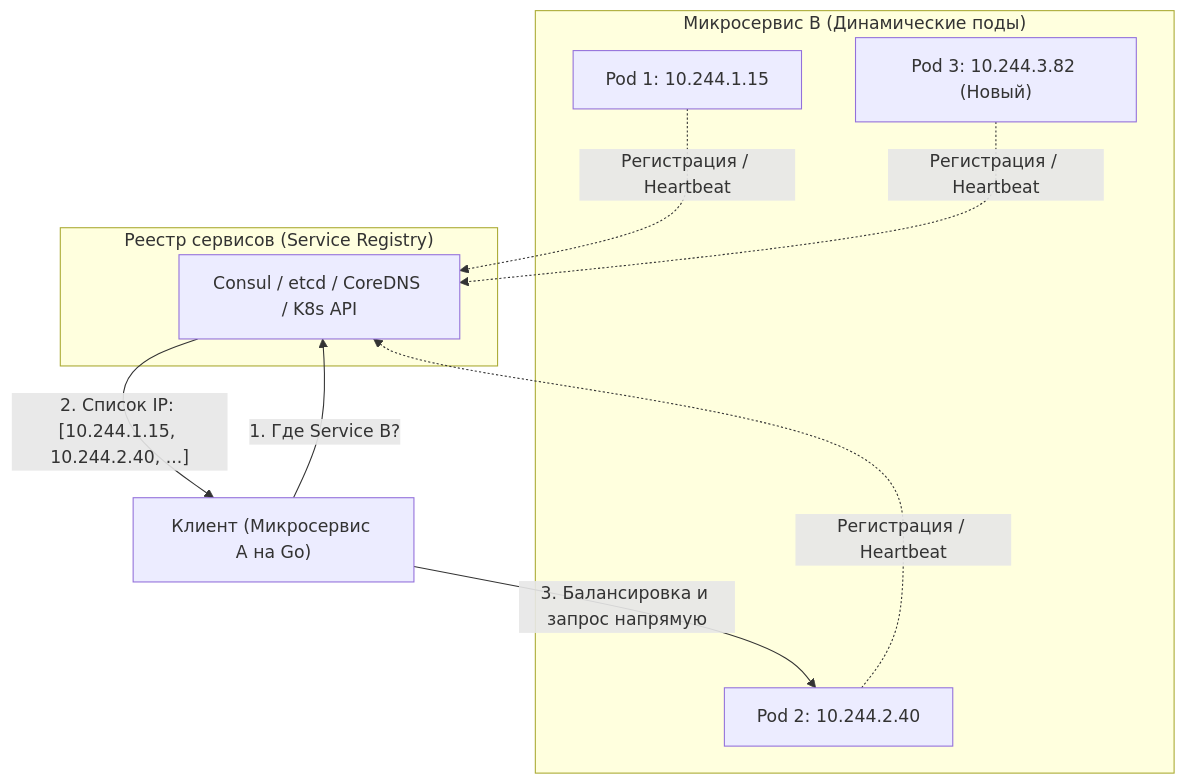
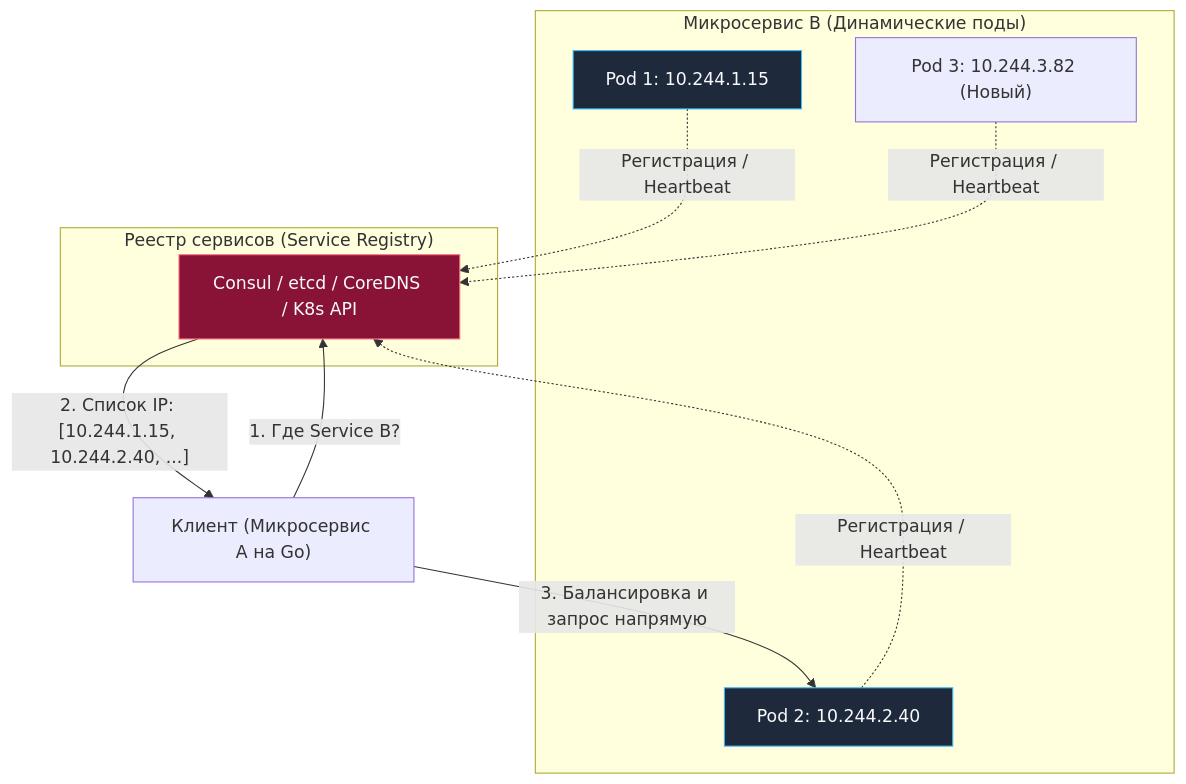
Before and after one commit to UnrealTemplier/go-textbook: the first of 3 diagrams in sources/3. Компьютерные сети и сетевой стек/30. Service Discovery и балансировка в микросервисах.md, drawn with Mermaid. The commit also changed other lines of this file and 1666 other files, not shown here.

First line of the commit message:
feat(mermaid): add semantic color classDef to 1369 colorless flowchart/graph diagrams

````diff
--- a/sources/3. Компьютерные сети и сетевой стек/30. Service Discovery и балансировка в микросервисах.md
+++ b/sources/3. Компьютерные сети и сетевой стек/30. Service Discovery и балансировка в микросервисах.md
@@ -9,20 +9,30 @@
 ```mermaid
 flowchart TD
+    classDef process  fill:#1e293b,stroke:#38bdf8,stroke-width:1px,color:#f8fafc
+    classDef success  fill:#064e3b,stroke:#34d399,stroke-width:1px,color:#f8fafc
+    classDef error    fill:#7f1d1d,stroke:#f87171,stroke-width:1px,color:#f8fafc
+    classDef warning  fill:#78350f,stroke:#fbbf24,stroke-width:1px,color:#f8fafc
+    classDef entry    fill:#1e3a5f,stroke:#38bdf8,stroke-width:2px,color:#f8fafc
+    classDef aux      fill:#334155,stroke:#64748b,stroke-width:1px,color:#f8fafc
+    classDef system   fill:#312e81,stroke:#a78bfa,stroke-width:1px,color:#f8fafc
+    classDef data     fill:#132d29,stroke:#2dd4bf,stroke-width:1px,color:#f8fafc
+    classDef network  fill:#881337,stroke:#fb7185,stroke-width:1px,color:#f8fafc
+    classDef accent   fill:#1e1b4b,stroke:#818cf8,stroke-width:1px,color:#f8fafc
     subgraph Registry ["Реестр сервисов (Service Registry)"]
-        SD["Consul / etcd / CoreDNS / K8s API"]
+        SD["Consul / etcd / CoreDNS / K8s API"]:::network
     end
 
     subgraph ServiceBCluster ["Микросервис B (Динамические поды)"]
-        B1["Pod 1: 10.244.1.15"]
-        B2["Pod 2: 10.244.2.40"]
+        B1["Pod 1: 10.244.1.15"]:::process
+        B2["Pod 2: 10.244.2.40"]:::process
         B3["Pod 3: 10.244.3.82 (Новый)"]
     end
 
     B1 -.->|"Регистрация / Heartbeat"| SD
     B2 -.->|"Регистрация / Heartbeat"| SD
     B3 -.->|"Регистрация / Heartbeat"| SD
 
     Client["Клиент (Микросервис A на Go)"] -->|"1. Где Service B?"| SD
     SD -- "2. Список IP: [10.244.1.15, 10.244.2.40, ...]" --> Client
     Client -->|"3. Балансировка и запрос напрямую"| B2
 ```
````
